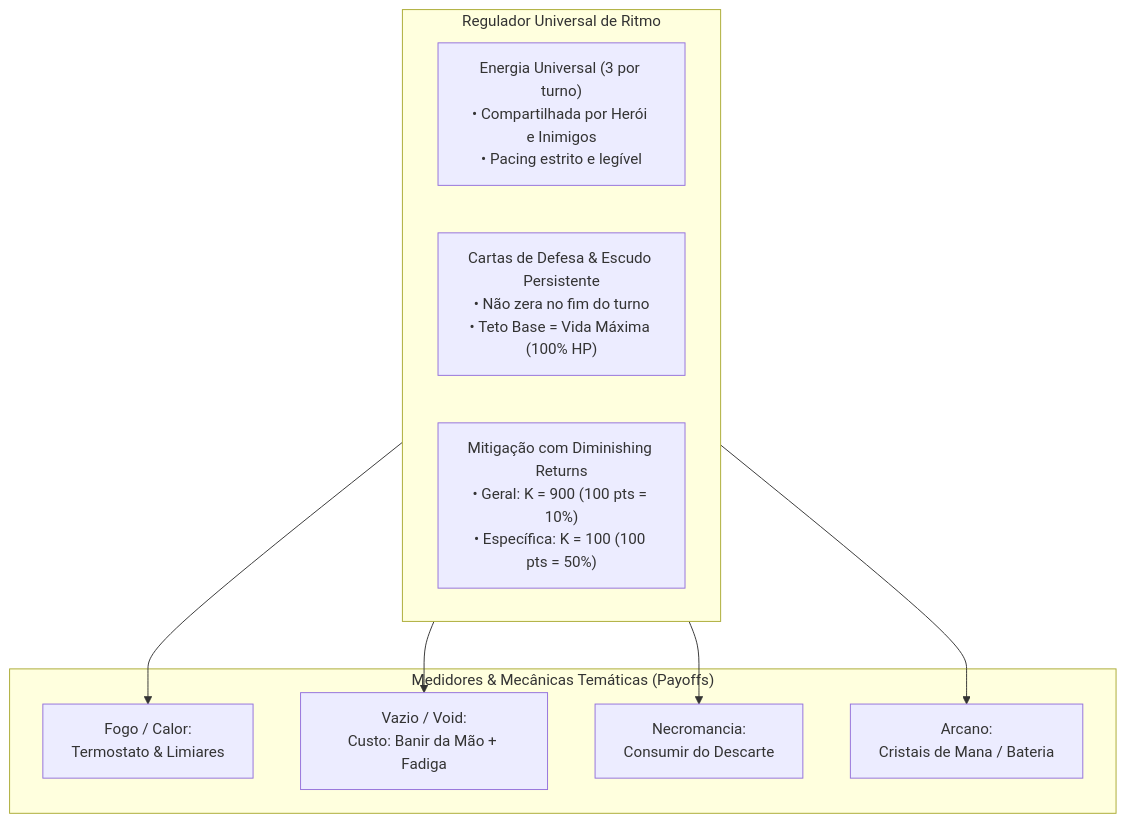
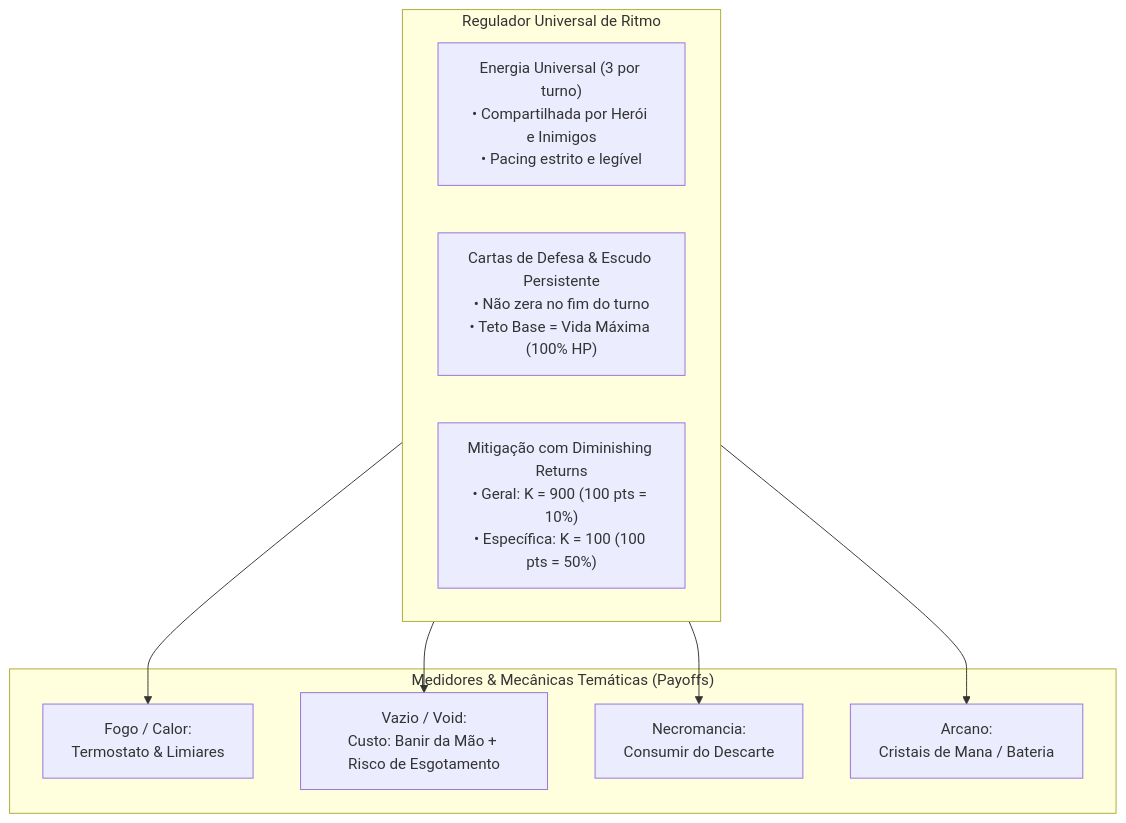
The first of 4 diagrams in docs/design/DIRECIONAMENTO_HEROSCRIPT.md (GuiMayer/HeroScript), drawn with Mermaid before and after one commit. The commit also changed other lines of this file, not shown here.

````diff
--- a/docs/design/DIRECIONAMENTO_HEROSCRIPT.md
+++ b/docs/design/DIRECIONAMENTO_HEROSCRIPT.md
@@ -26,20 +26,20 @@
 ```mermaid
 flowchart TD
     subgraph Pacing["Regulador Universal de Ritmo"]
         Energia["Energia Universal (3 por turno)<br/>• Compartilhada por Herói e Inimigos<br/>• Pacing estrito e legível"]
         EscudoPersistente["Cartas de Defesa & Escudo Persistente<br/>• Não zera no fim do turno<br/>• Teto Base = Vida Máxima (100% HP)"]
         Mitigacao["Mitigação com Diminishing Returns<br/>• Geral: K = 900 (100 pts = 10%)<br/>• Específica: K = 100 (100 pts = 50%)"]
     end
 
     subgraph Tempero["Medidores & Mecânicas Temáticas (Payoffs)"]
         Calor["Fogo / Calor:<br/>Termostato & Limiares"]
-        Vazio["Vazio / Void:<br/>Custo: Banir da Mão + Fadiga"]
+        Vazio["Vazio / Void:<br/>Custo: Banir da Mão + Risco de Esgotamento"]
         Necro["Necromancia:<br/>Consumir do Descarte"]
         Arcano["Arcano:<br/>Cristais de Mana / Bateria"]
     end
 
     Pacing --> Calor
     Pacing --> Vazio
     Pacing --> Necro
     Pacing --> Arcano
 ```
````
